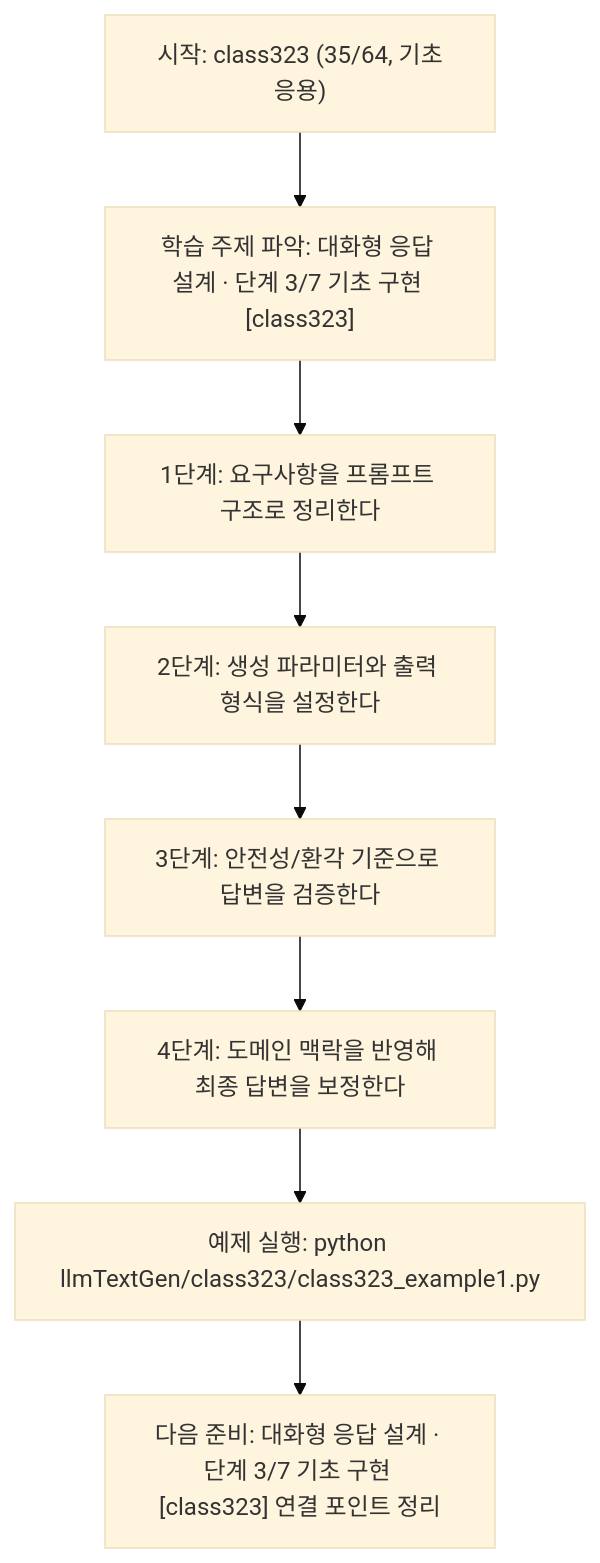
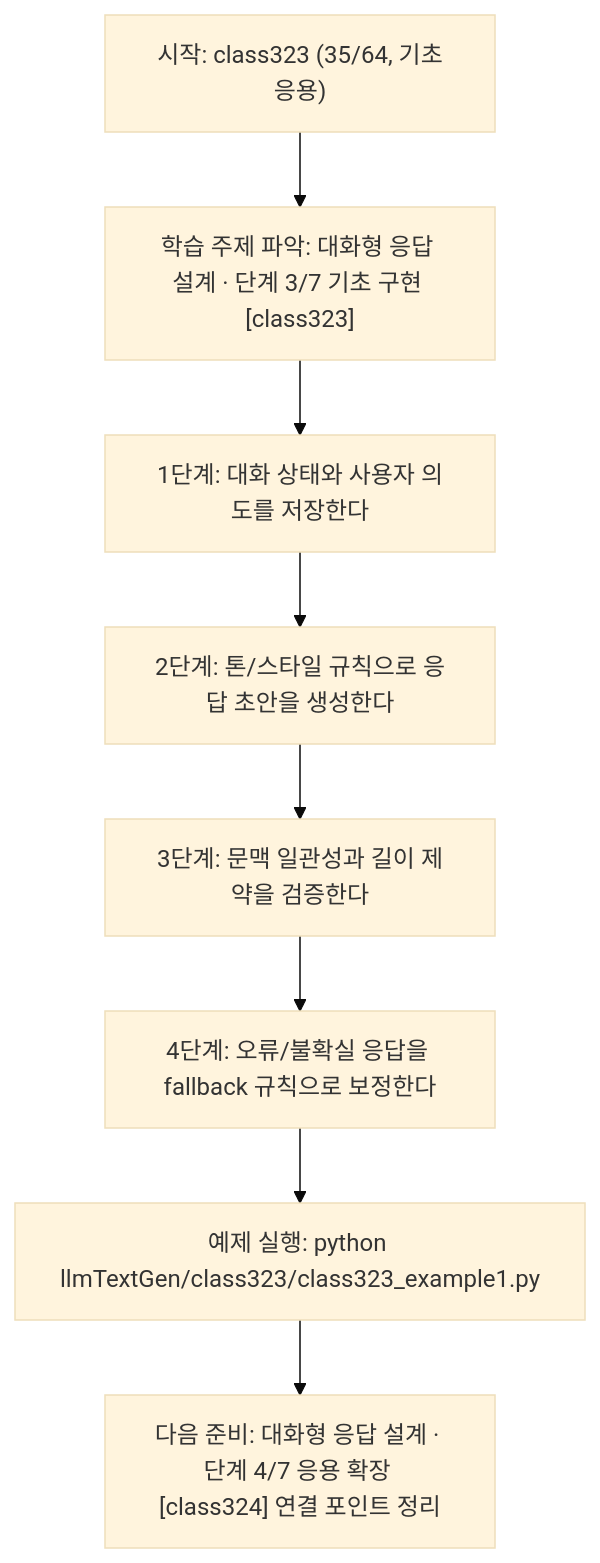
One commit to edumgt/Python-AI_Agent-Class changed the diagram in llmTextGen/class323/class323.md. Above: the diagram before and after it, drawn with Mermaid (base theme). The commit also changed other lines of this file and 451 other files, not shown here.

````diff
--- a/llmTextGen/class323/class323.md
+++ b/llmTextGen/class323/class323.md
@@ -114,18 +95,18 @@
 ```mermaid
 flowchart TD
 N1["시작: class323 (35/64, 기초응용)"]
 N2["학습 주제 파악: 대화형 응답 설계 · 단계 3/7 기초 구현 [class323]"]
-N3["1단계: 요구사항을 프롬프트 구조로 정리한다"]
-N4["2단계: 생성 파라미터와 출력 형식을 설정한다"]
-N5["3단계: 안전성/환각 기준으로 답변을 검증한다"]
-N6["4단계: 도메인 맥락을 반영해 최종 답변을 보정한다"]
+N3["1단계: 대화 상태와 사용자 의도를 저장한다"]
+N4["2단계: 톤/스타일 규칙으로 응답 초안을 생성한다"]
+N5["3단계: 문맥 일관성과 길이 제약을 검증한다"]
+N6["4단계: 오류/불확실 응답을 fallback 규칙으로 보정한다"]
 N7["예제 실행: python llmTextGen/class323/class323_example1.py"]
-N8["다음 준비: 대화형 응답 설계 · 단계 3/7 기초 구현 [class323] 연결 포인트 정리"]
+N8["다음 준비: 대화형 응답 설계 · 단계 4/7 응용 확장 [class324] 연결 포인트 정리"]
 N1 --> N2
 N2 --> N3
 N3 --> N4
 N4 --> N5
 N5 --> N6
 N6 --> N7
 N7 --> N8
 ```
````
